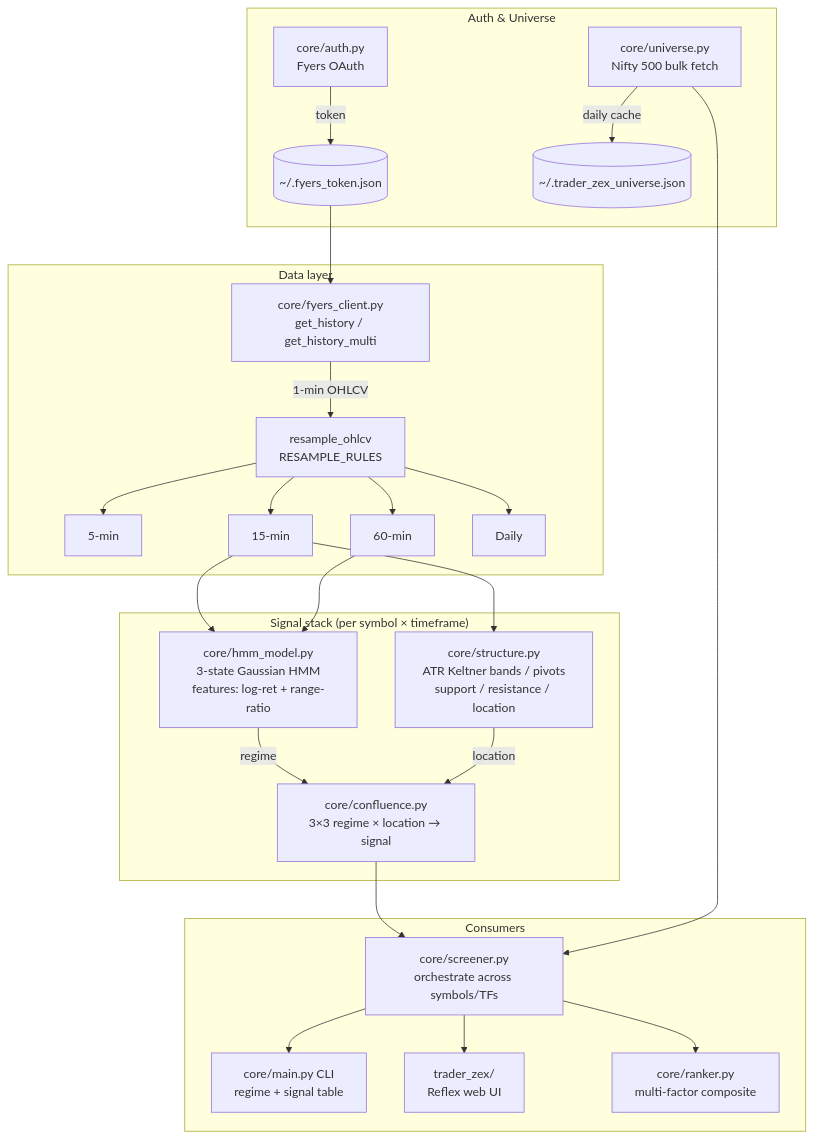
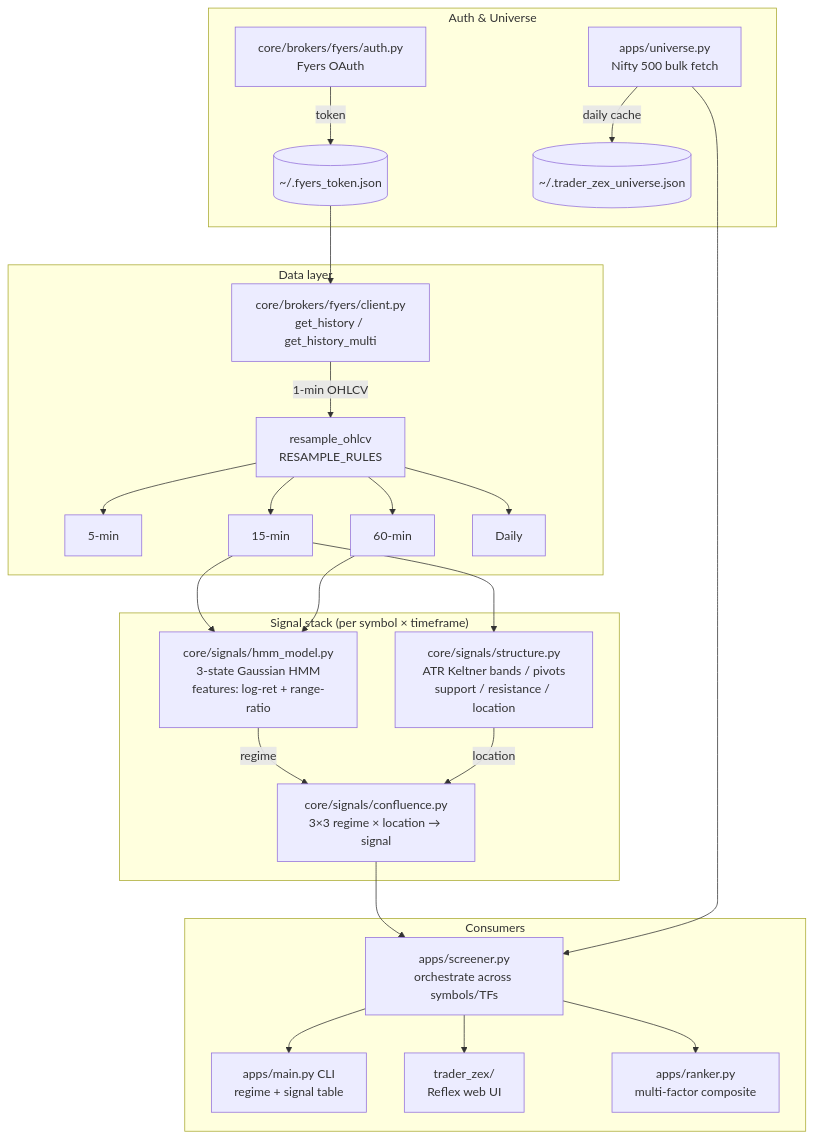
One commit to pavittarx/trader-zex changed the first of 3 diagrams in docs/ARCHITECTURE.md. Above: the diagram before and after it, drawn with Mermaid. The commit also changed 2 other files, not shown here.

Commit message:
docs: rewrite CLAUDE.md/README for the multi-strategy pipeline; fix ARCHITECTURE paths

````diff
--- a/docs/ARCHITECTURE.md
+++ b/docs/ARCHITECTURE.md
@@ -5,38 +5,38 @@
 ```mermaid
 flowchart TD
     subgraph AUTH["Auth & Universe"]
-        A[core/auth.py<br/>Fyers OAuth] -->|token| TOK[(~/.fyers_token.json)]
-        U[core/universe.py<br/>Nifty 500 bulk fetch] -->|daily cache| UCACHE[(~/.trader_zex_universe.json)]
+        A[core/brokers/fyers/auth.py<br/>Fyers OAuth] -->|token| TOK[(~/.fyers_token.json)]
+        U[apps/universe.py<br/>Nifty 500 bulk fetch] -->|daily cache| UCACHE[(~/.trader_zex_universe.json)]
     end
 
     subgraph DATA["Data layer"]
-        FC[core/fyers_client.py<br/>get_history / get_history_multi]
+        FC[core/brokers/fyers/client.py<br/>get_history / get_history_multi]
         TOK --> FC
         FC -->|1-min OHLCV| RS[resample_ohlcv<br/>RESAMPLE_RULES]
         RS --> TF5[5-min]
         RS --> TF15[15-min]
         RS --> TF60[60-min]
         RS --> TFD[Daily]
     end
 
     subgraph SIGNAL["Signal stack (per symbol × timeframe)"]
-        HMM[core/hmm_model.py<br/>3-state Gaussian HMM<br/>features: log-ret + range-ratio]
-        STR[core/structure.py<br/>ATR Keltner bands / pivots<br/>support / resistance / location]
-        CONF[core/confluence.py<br/>3×3 regime × location → signal]
+        HMM[core/signals/hmm_model.py<br/>3-state Gaussian HMM<br/>features: log-ret + range-ratio]
+        STR[core/signals/structure.py<br/>ATR Keltner bands / pivots<br/>support / resistance / location]
+        CONF[core/signals/confluence.py<br/>3×3 regime × location → signal]
         HMM -->|regime| CONF
         STR -->|location| CONF
     end
 
     TF15 --> HMM
     TF15 --> STR
     TF60 --> HMM
 
-    CONF --> SCR[core/screener.py<br/>orchestrate across symbols/TFs]
+    CONF --> SCR[apps/screener.py<br/>orchestrate across symbols/TFs]
     U --> SCR
 
     subgraph OUTPUTS["Consumers"]
-        SCR --> MAIN[core/main.py CLI<br/>regime + signal table]
+        SCR --> MAIN[apps/main.py CLI<br/>regime + signal table]
         SCR --> DASH[trader_zex/<br/>Reflex web UI]
-        SCR --> RANK[core/ranker.py<br/>multi-factor composite]
+        SCR --> RANK[apps/ranker.py<br/>multi-factor composite]
     end
 ```
````
